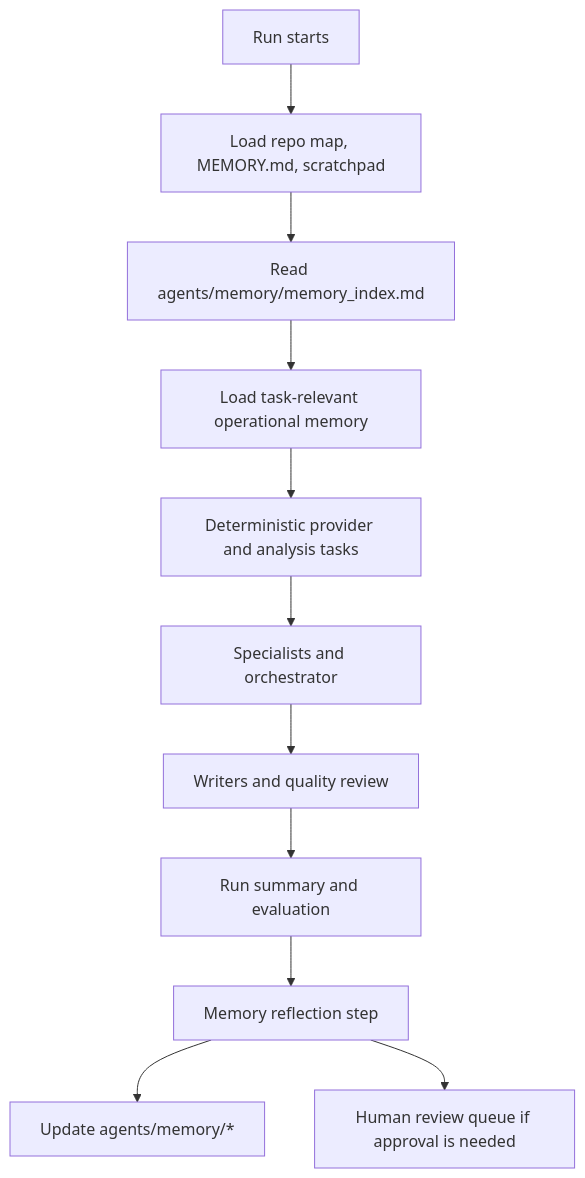
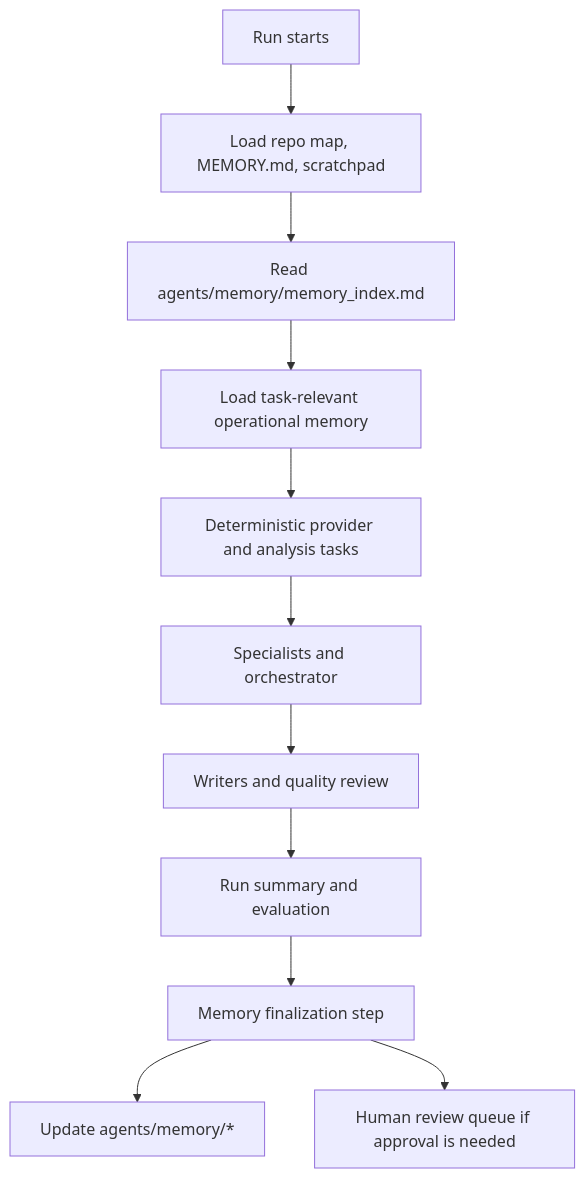
The diagram in docs/descriptions/agent_memory_workflow.md (muhuuh/picker), drawn with Mermaid before and after one commit. The commit also changed other lines of this file and 17 other files, not shown here.

First line of the commit message:
Implement recurring failure detection and run finalization in operational memory

````diff
--- a/docs/descriptions/agent_memory_workflow.md
+++ b/docs/descriptions/agent_memory_workflow.md
@@ -164,13 +179,13 @@
 ```mermaid
 flowchart TD
     A["Run starts"] --> B["Load repo map, MEMORY.md, scratchpad"]
     B --> C["Read agents/memory/memory_index.md"]
     C --> D["Load task-relevant operational memory"]
     D --> E["Deterministic provider and analysis tasks"]
     E --> F["Specialists and orchestrator"]
     F --> G["Writers and quality review"]
     G --> H["Run summary and evaluation"]
-    H --> I["Memory reflection step"]
+    H --> I["Memory finalization step"]
     I --> J["Update agents/memory/*"]
     I --> K["Human review queue if approval is needed"]
 ```
````
